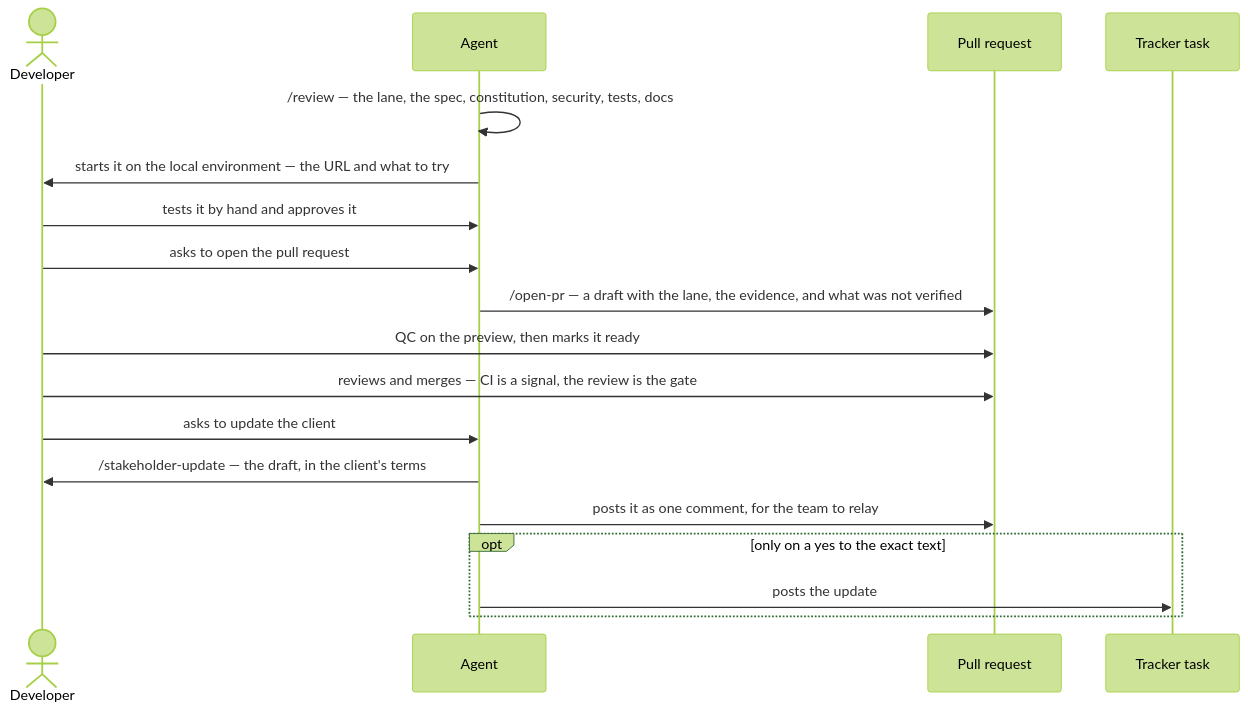
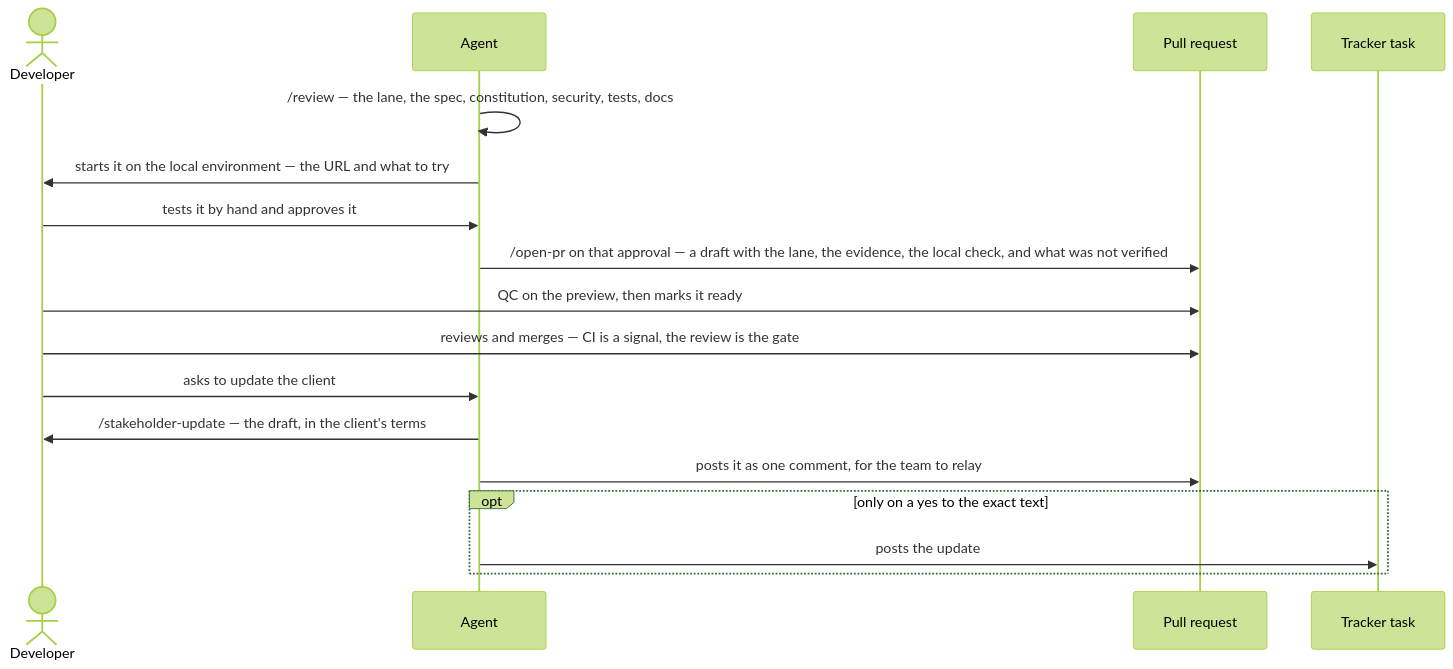
Before and after one commit to Aplyca/AgenticDevelopmentFramework: the fourth of 6 diagrams in README.md, drawn with Mermaid (forest theme). The commit also changed 27 other files, not shown here.

First line of the commit message:
feat: the developer's local-check approval opens the draft pull request

````diff
--- a/README.md
+++ b/README.md
@@ -274,20 +274,19 @@
 ```mermaid
 sequenceDiagram
     actor Dev as Developer
     participant Agent
     participant PR as Pull request
     participant Tracker as Tracker task
     Agent->>Agent: /review — the lane, the spec, constitution, security, tests, docs
     Agent->>Dev: starts it on the local environment — the URL and what to try
     Dev->>Agent: tests it by hand and approves it
-    Dev->>Agent: asks to open the pull request
-    Agent->>PR: /open-pr — a draft with the lane, the evidence, and what was not verified
+    Agent->>PR: /open-pr on that approval — a draft with the lane, the evidence, the local check, and what was not verified
     Dev->>PR: QC on the preview, then marks it ready
     Dev->>PR: reviews and merges — CI is a signal, the review is the gate
     Dev->>Agent: asks to update the client
     Agent->>Dev: /stakeholder-update — the draft, in the client's terms
     Agent->>PR: posts it as one comment, for the team to relay
     opt only on a yes to the exact text
         Agent->>Tracker: posts the update
     end
 ```
````
